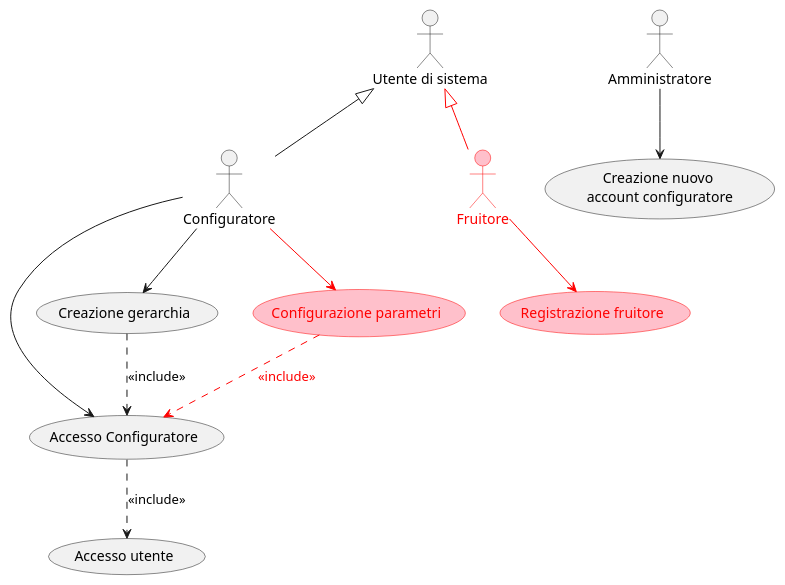
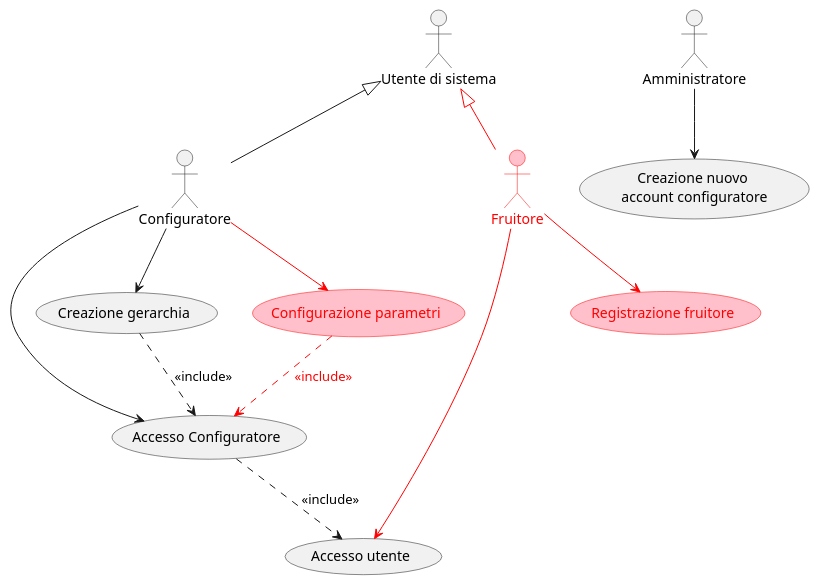
One commit to Matlice/ing_sw_2022 changed the diagram in DOC/VER2/diagrams/use_case/version_2.puml. Above: the diagram before and after it, drawn with PlantUML. The commit also changed 7 other files, not shown here.

```diff
--- a/DOC/VER2/diagrams/use_case/version_2.puml
+++ b/DOC/VER2/diagrams/use_case/version_2.puml
@@ -1,29 +1,30 @@
 @startuml
 
 :Utente di sistema: as user
 :Configuratore: as conf
 :Amministratore: as adm
 
 conf -up-|> user
 conf --> (Accesso Configuratore)
 conf --> (Creazione gerarchia)
 
 adm --> (Creazione nuovo \naccount configuratore)
 
 (Accesso Configuratore) ..> (Accesso utente): <<include>>
 (Creazione gerarchia) ..> (Accesso Configuratore): <<include>>
 
 'VERSIONE 2 ===========================================
 
 :Fruitore: as fruit #pink;line:red;text:red
 
 fruit -up-|> user #red;text:red
 
 (Configurazione parametri)  #pink;line:red;text:red
 (Registrazione fruitore) #pink;line:red;text:red
 
 conf --> (Configurazione parametri) #red;text:red
 fruit --> (Registrazione fruitore) #red;text:red
+fruit --> (Accesso utente) #red;text:red
 (Configurazione parametri) ..> (Accesso Configuratore) #red;text:red : <<include>>
 
 @enduml
```
